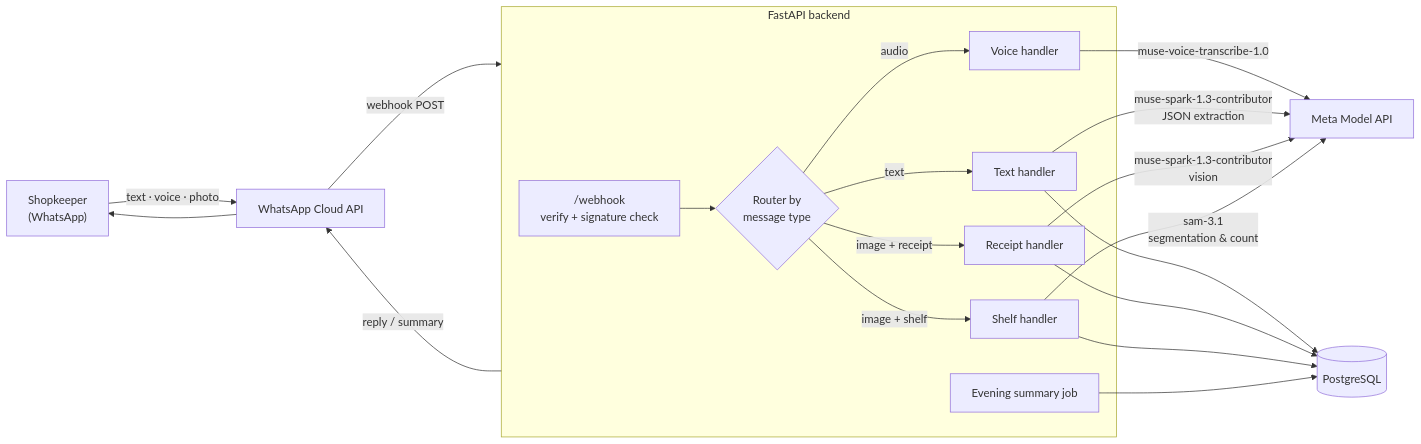
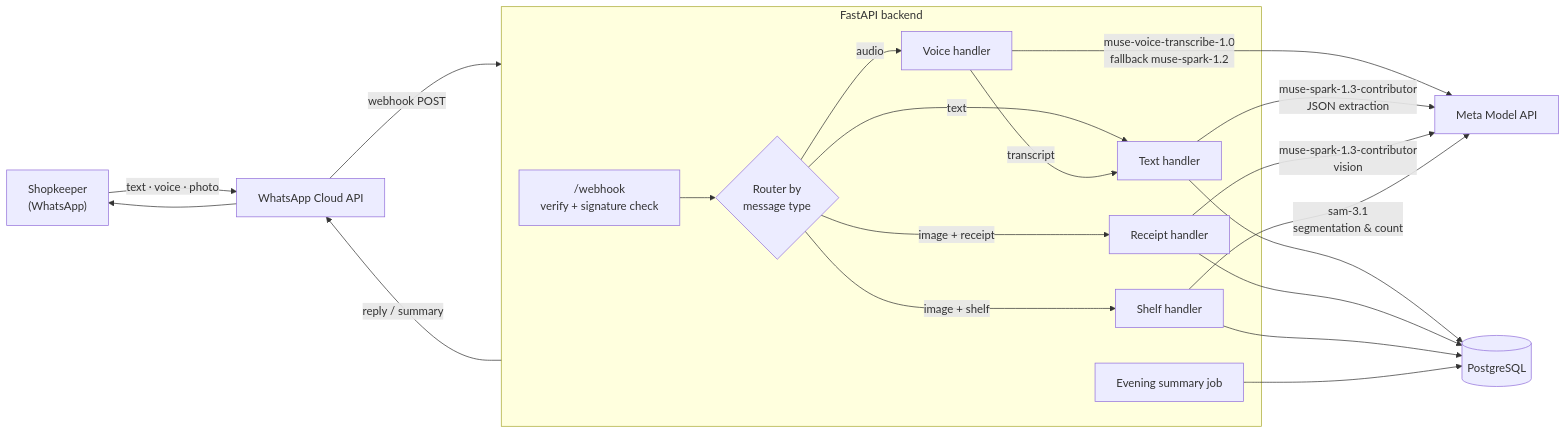
The first of 4 diagrams in README.md (celestedev445-hub/boutiko), drawn with Mermaid before and after one commit. The commit also changed other lines of this file and 18 other files, not shown here.

First line of the commit message:
Add WhatsApp voice note support with Meta speech-to-text

````diff
--- a/README.md
+++ b/README.md
@@ -34,23 +34,24 @@
 ```mermaid
 flowchart LR
     U["Shopkeeper<br/>(WhatsApp)"] -->|text · voice · photo| WA[WhatsApp Cloud API]
     WA -->|webhook POST| API
 
     subgraph API[FastAPI backend]
         W["/webhook<br/>verify + signature check"] --> R{Router by<br/>message type}
         R -->|text| T[Text handler]
         R -->|audio| A[Voice handler]
         R -->|image + receipt| RC[Receipt handler]
         R -->|image + shelf| SH[Shelf handler]
         J[Evening summary job]
     end
 
-    A -->|muse-voice-transcribe-1.0| M[Meta Model API]
+    A -->|muse-voice-transcribe-1.0<br/>fallback muse-spark-1.2| M[Meta Model API]
+    A -->|transcript| T
     T -->|muse-spark-1.3-contributor<br/>JSON extraction| M
     RC -->|muse-spark-1.3-contributor<br/>vision| M
     SH -->|sam-3.1<br/>segmentation & count| M
 
     T & RC & SH --> DB[(PostgreSQL)]
     J --> DB
     API -->|reply / summary| WA --> U
 ```
````
